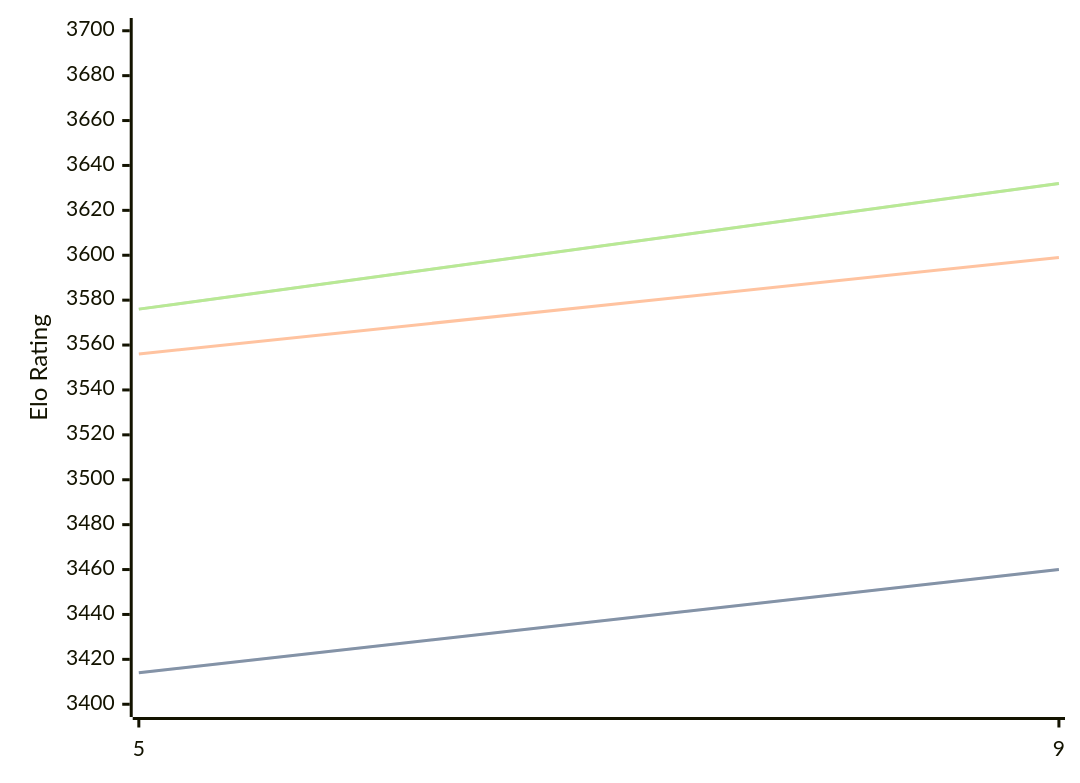
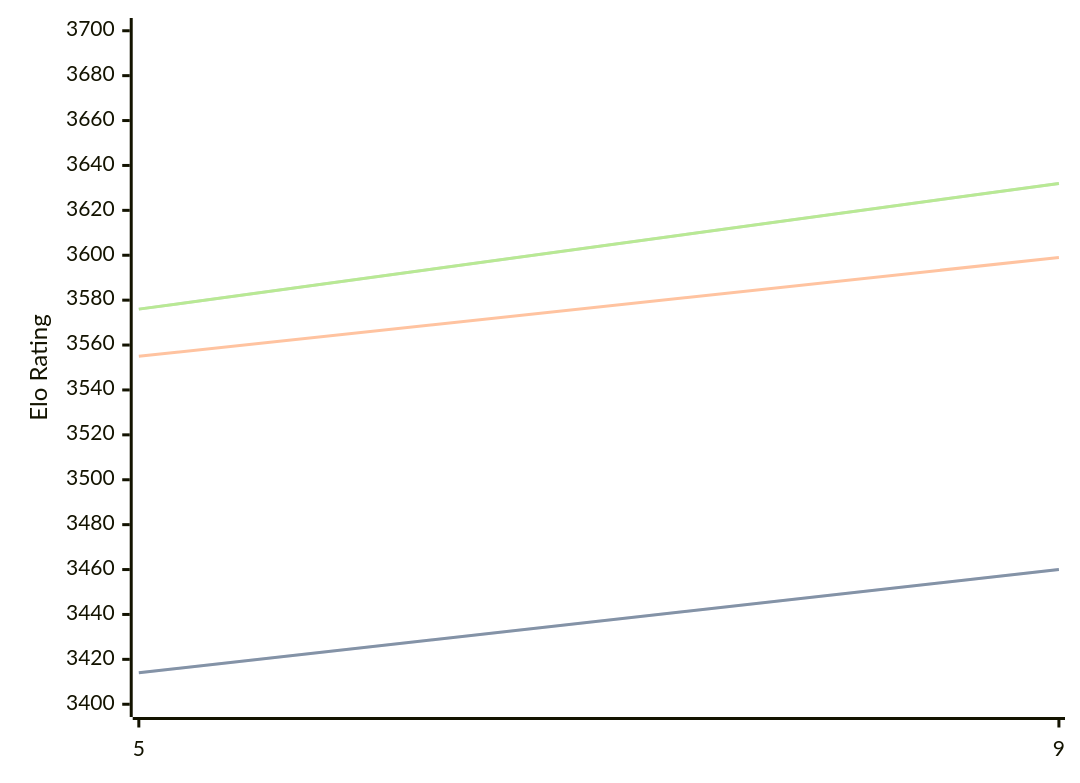
Before and after one commit to computer-chess-index/cci: the diagram in engines/Crystal.md, drawn with Mermaid. The commit also changed other lines of this file, not shown here.

````diff
--- a/engines/Crystal.md
+++ b/engines/Crystal.md
@@ -58,11 +58,11 @@
 ```mermaid
 %%{init: {"theme":"base","themeVariables":{"seriesColors:['#a3a3a3','#222221','#faa371']}}}%%
 xychart-beta
   x-axis ["5", "9"]
   y-axis "Elo Rating" 3400 --> 3700
   line "STC (8.0+0.08s)" [3414, 3460]
   line "STC (8.0+0.08s)" [3414, 3460]
-  line "LTC (60.0+0.60s)" [3556, 3599]
+  line "LTC (60.0+0.60s)" [3555, 3599]
   line "VLTC (2m24s+1.12s)" [3576, 3632]
   line "VLTC (2m24s+1.12s)" [3576, 3632]
 ```
````
